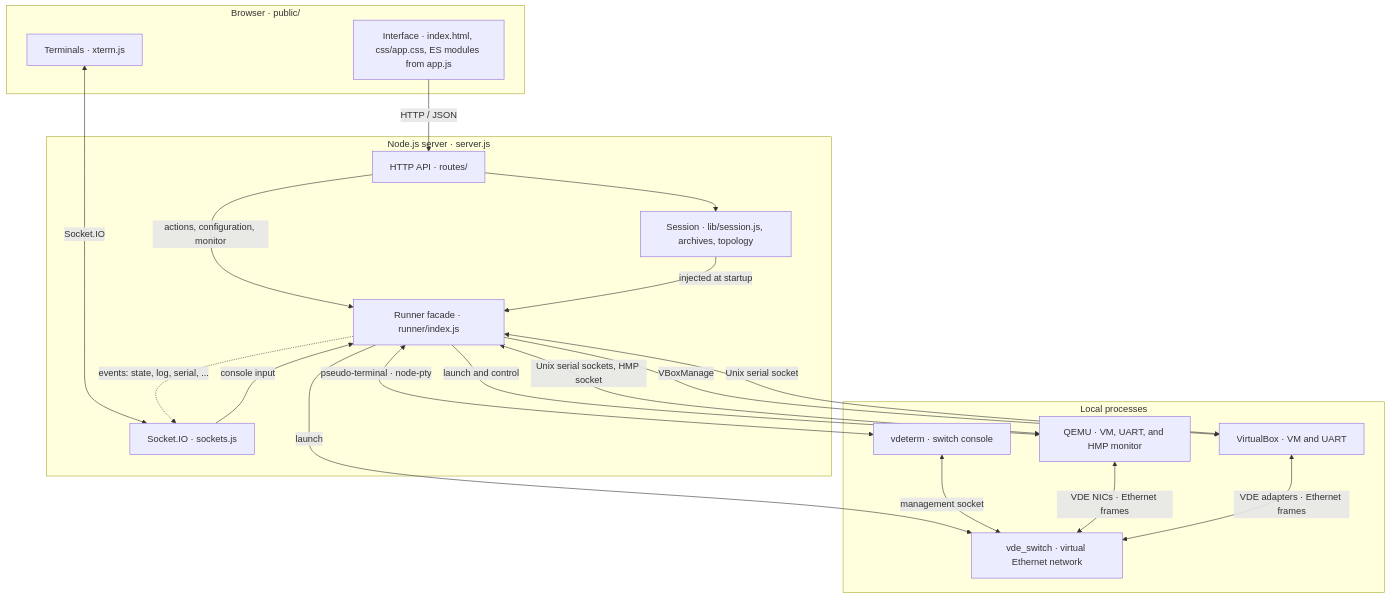
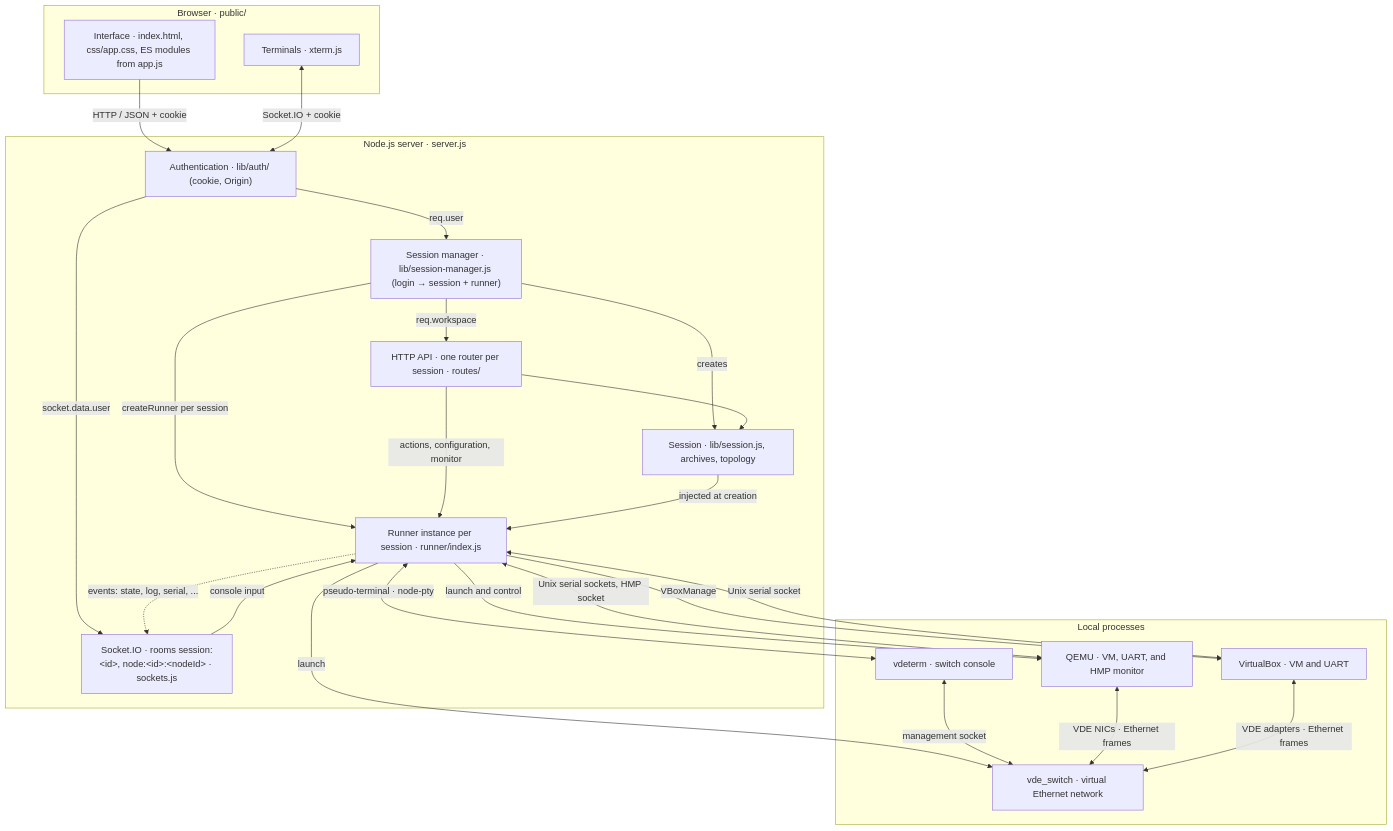
The diagram in docs/architecture.md (orel33/qemuweb), drawn with Mermaid before and after one commit. The commit also changed other lines of this file and 3 other files, not shown here.

````diff
--- a/docs/architecture.md
+++ b/docs/architecture.md
@@ -16,38 +17,45 @@
 ```mermaid
 flowchart TB
   subgraph Browser["Browser · public/"]
     UI["Interface · index.html, css/app.css, ES modules from app.js"]
     Terminal["Terminals · xterm.js"]
   end
 
   subgraph Server["Node.js server · server.js"]
-    Routes["HTTP API · routes/"]
-    Sockets["Socket.IO · sockets.js"]
+    Auth["Authentication · lib/auth/ (cookie, Origin)"]
+    Manager["Session manager · lib/session-manager.js (login → session + runner)"]
+    Routes["HTTP API · one router per session · routes/"]
+    Sockets["Socket.IO · rooms session:&lt;id&gt;, node:&lt;id&gt;:&lt;nodeId&gt; · sockets.js"]
     Session["Session · lib/session.js, archives, topology"]
-    Runner["Runner facade · runner/index.js"]
+    Runner["Runner instance per session · runner/index.js"]
   end
 
   subgraph Local["Local processes"]
     QEMU["QEMU · VM, UART, and HMP monitor"]
     VBox["VirtualBox · VM and UART"]
     VDE["vde_switch · virtual Ethernet network"]
     VDeterm["vdeterm · switch console"]
   end
 
-  UI -->|"HTTP / JSON"| Routes
-  Terminal <-->|"Socket.IO"| Sockets
+  UI -->|"HTTP / JSON + cookie"| Auth
+  Terminal <-->|"Socket.IO + cookie"| Auth
+  Auth -->|"req.user"| Manager
+  Auth -->|"socket.data.user"| Sockets
+  Manager -->|"req.workspace"| Routes
+  Manager -->|"creates"| Session
+  Manager -->|"createRunner per session"| Runner
   Routes --> Session
   Routes -->|"actions, configuration, monitor"| Runner
   Sockets -->|"console input"| Runner
   Runner -.->|"events: state, log, serial, ..."| Sockets
-  Session -->|"injected at startup"| Runner
+  Session -->|"injected at creation"| Runner
   Runner -->|"launch and control"| QEMU
   Runner -->|"VBoxManage"| VBox
   Runner -->|"launch"| VDE
   Runner <-->|"Unix serial sockets, HMP socket"| QEMU
   Runner <-->|"Unix serial socket"| VBox
   Runner <-->|"pseudo-terminal · node-pty"| VDeterm
   VDeterm <-->|"management socket"| VDE
   QEMU <-->|"VDE NICs · Ethernet frames"| VDE
   VBox <-->|"VDE adapters · Ethernet frames"| VDE
 ```
````
